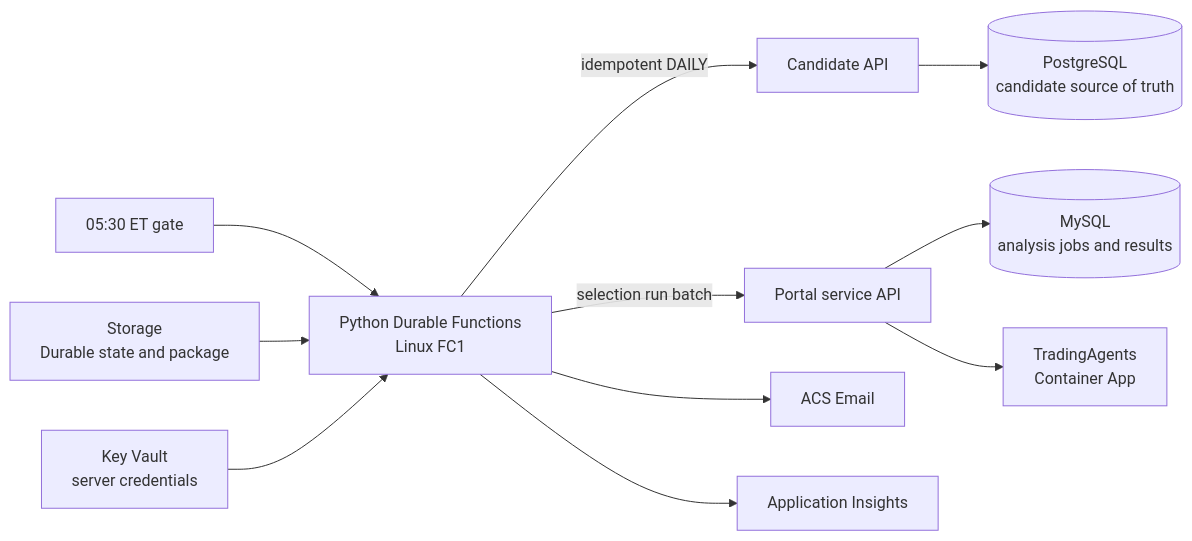
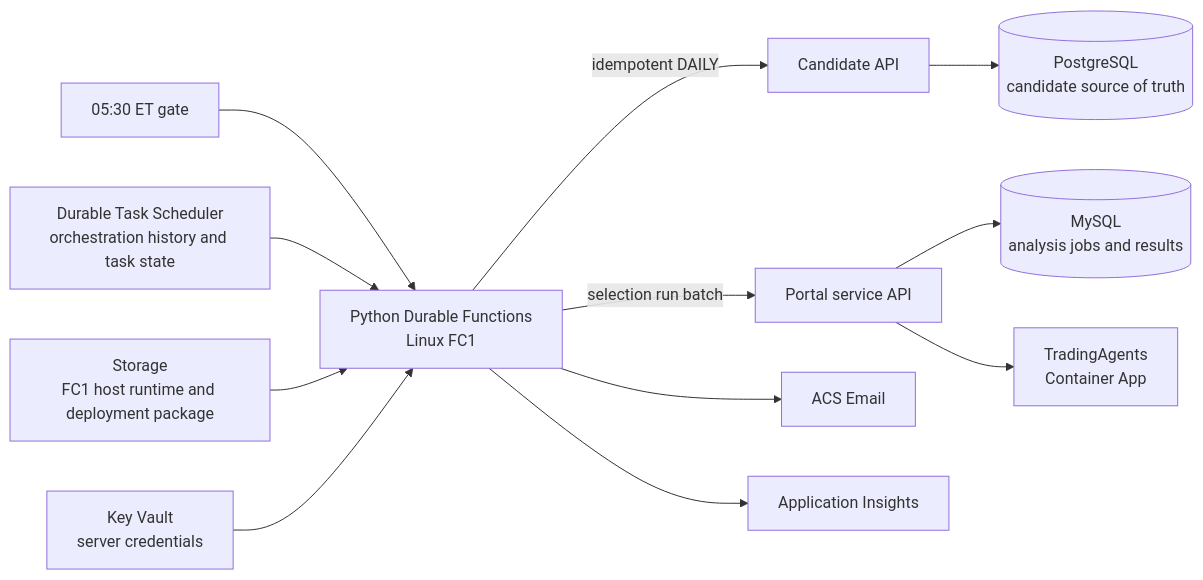
The diagram in orchestrator/README.md (brjeong-private/sp500-candidate-engine), drawn with Mermaid before and after one commit. The commit also changed other lines of this file and 12 other files, not shown here.

````diff
--- a/orchestrator/README.md
+++ b/orchestrator/README.md
@@ -14,13 +14,14 @@
 ```mermaid
 flowchart LR
     Timer["05:30 ET gate"] --> Function["Python Durable Functions<br/>Linux FC1"]
-    Storage["Storage<br/>Durable state and package"] --> Function
+    DTS["Durable Task Scheduler<br/>orchestration history and task state"] --> Function
+    Storage["Storage<br/>FC1 host runtime and deployment package"] --> Function
     Vault["Key Vault<br/>server credentials"] --> Function
     Function -->|"idempotent DAILY"| Candidate["Candidate API"]
     Candidate --> PostgreSQL[("PostgreSQL<br/>candidate source of truth")]
     Function -->|"selection run batch"| Portal["Portal service API"]
     Portal --> MySQL[("MySQL<br/>analysis jobs and results")]
     Portal --> Trading["TradingAgents<br/>Container App"]
     Function --> Email["ACS Email"]
     Function --> Insights["Application Insights"]
 ```
````
